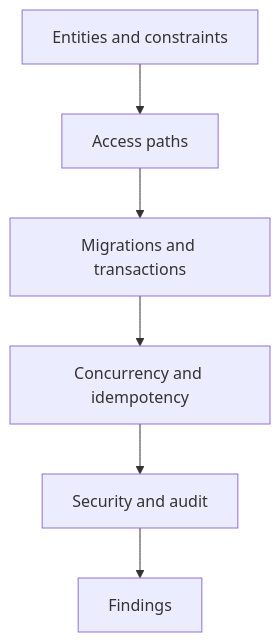
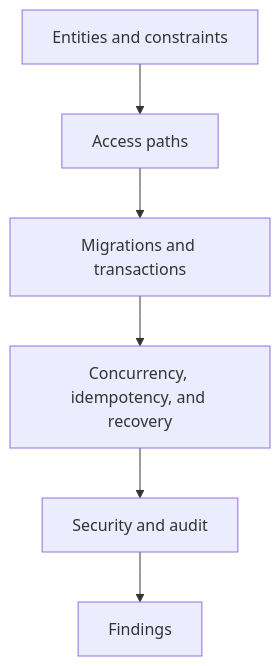
One commit to MercatorProj/audit-anything changed the third of 6 diagrams in references/compositions.md. Above: the diagram before and after it, drawn with Mermaid. The commit also changed other lines of this file and 3 other files, not shown here.

````diff
--- a/references/compositions.md
+++ b/references/compositions.md
@@ -63,8 +63,8 @@
 ```mermaid
 flowchart TD
     A["Entities and constraints"] --> B["Access paths"]
     B --> C["Migrations and transactions"]
-    C --> D["Concurrency and idempotency"]
+    C --> D["Concurrency, idempotency, and recovery"]
     D --> E["Security and audit"]
     E --> F["Findings"]
 ```
````
